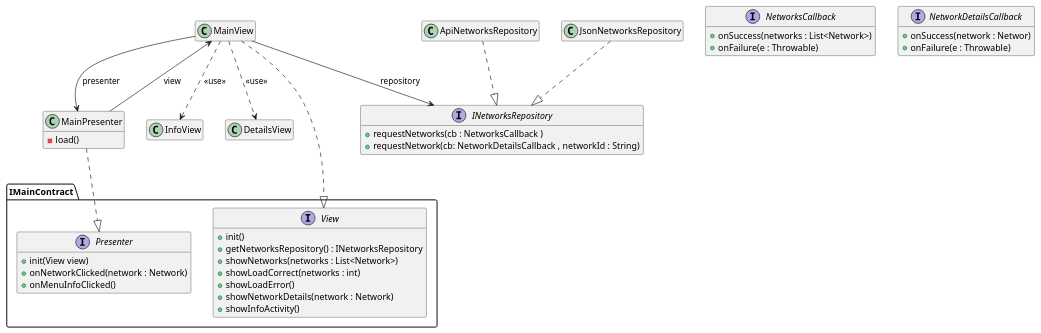
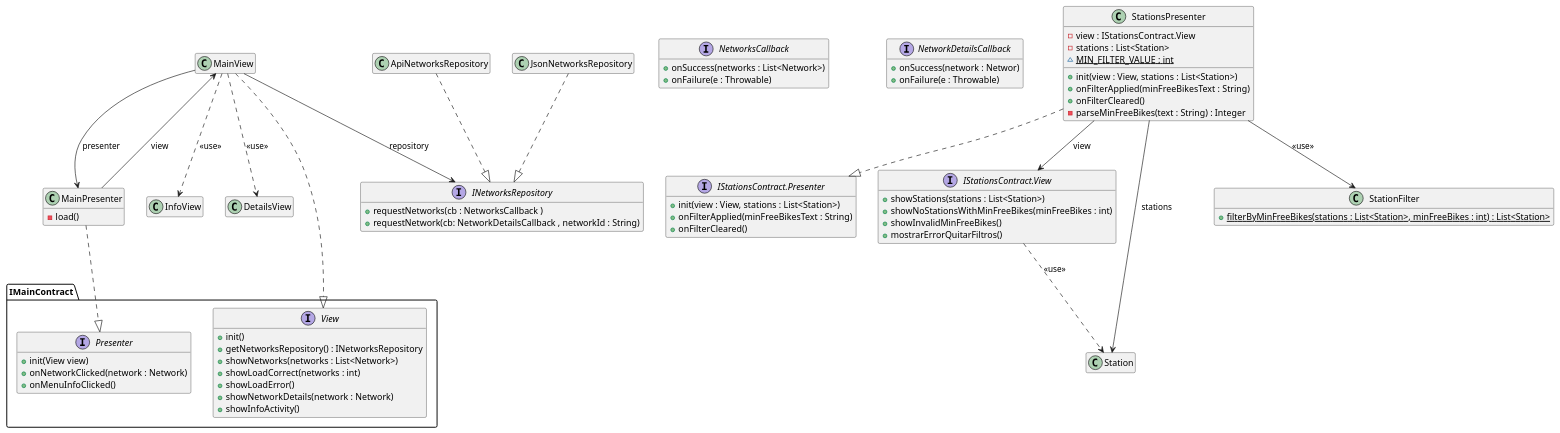
Before and after one commit to isunican/App-Bicis-Grupo3: the diagram in Docs/Models/architecture.puml, drawn with PlantUML. The commit also changed other lines of this file, not shown here.

Commit message:
docs: actualizar arquitectura UML para quitar filtros HU 532317

```diff
--- a/Docs/Models/architecture.puml
+++ b/Docs/Models/architecture.puml
@@ -1,59 +2,101 @@
 @startuml architecture
 
 hide empty members
+
+' ==========================================
+' Arquitectura existente - Redes de bicicletas
+' ==========================================
 
 MainView ..|> IMainContract.View
 MainPresenter ..|> IMainContract.Presenter
 MainView --> INetworksRepository : repository
 ApiNetworksRepository ..|> INetworksRepository
 JsonNetworksRepository ..|> INetworksRepository
 MainView --> MainPresenter : presenter
 MainPresenter --> MainView : view
 MainView ..> InfoView : <<use>>
 MainView ..> DetailsView : <<use>>
 
 class MainView {
 }
 
 class MainPresenter {
     -load()
 }
 
 class InfoView
 class DetailsView
 class ApiNetworksRepository
 class JsonNetworksRepository
 
 interface IMainContract.View {
     + init()
     + getNetworksRepository() : INetworksRepository
     + showNetworks(networks : List<Network>)
     + showLoadCorrect(networks : int)
     + showLoadError()
     + showNetworkDetails(network : Network)
     + showInfoActivity()
 }
 
 interface IMainContract.Presenter {
     + init(View view)
     + onNetworkClicked(network : Network)
     + onMenuInfoClicked()
 }
 
 interface INetworksRepository {
     + requestNetworks(cb : NetworksCallback )
     + requestNetwork(cb: NetworkDetailsCallback , networkId : String)
 }
 
 interface NetworksCallback {
     + onSuccess(networks : List<Network>)
     + onFailure(e : Throwable)
 }
 
 interface NetworkDetailsCallback {
     + onSuccess(network : Networ)
     + onFailure(e : Throwable)
 }
 
 
+' ==========================================
+' HU 532317 - Quitar los filtros aplicados
+' ==========================================
+
+interface "IStationsContract.Presenter" as IStationsPresenter {
+    + init(view : View, stations : List<Station>)
+    + onFilterApplied(minFreeBikesText : String)
+    + onFilterCleared()
+}
+
+interface "IStationsContract.View" as IStationsView {
+    + showStations(stations : List<Station>)
+    + showNoStationsWithMinFreeBikes(minFreeBikes : int)
+    + showInvalidMinFreeBikes()
+    + mostrarErrorQuitarFiltros()
+}
+
+class StationsPresenter {
+    - view : IStationsContract.View
+    - stations : List<Station>
+    {static} ~ MIN_FILTER_VALUE : int
+    + init(view : View, stations : List<Station>)
+    + onFilterApplied(minFreeBikesText : String)
+    + onFilterCleared()
+    - parseMinFreeBikes(text : String) : Integer
+}
+
+class Station
+class StationFilter {
+    {static} + filterByMinFreeBikes(stations : List<Station>, minFreeBikes : int) : List<Station>
+}
+
+StationsPresenter ..|> IStationsPresenter
+StationsPresenter --> IStationsView : view
+StationsPresenter --> StationFilter : <<use>>
+StationsPresenter --> Station : stations
+IStationsView ..> Station : <<use>>
+
 @enduml
```
